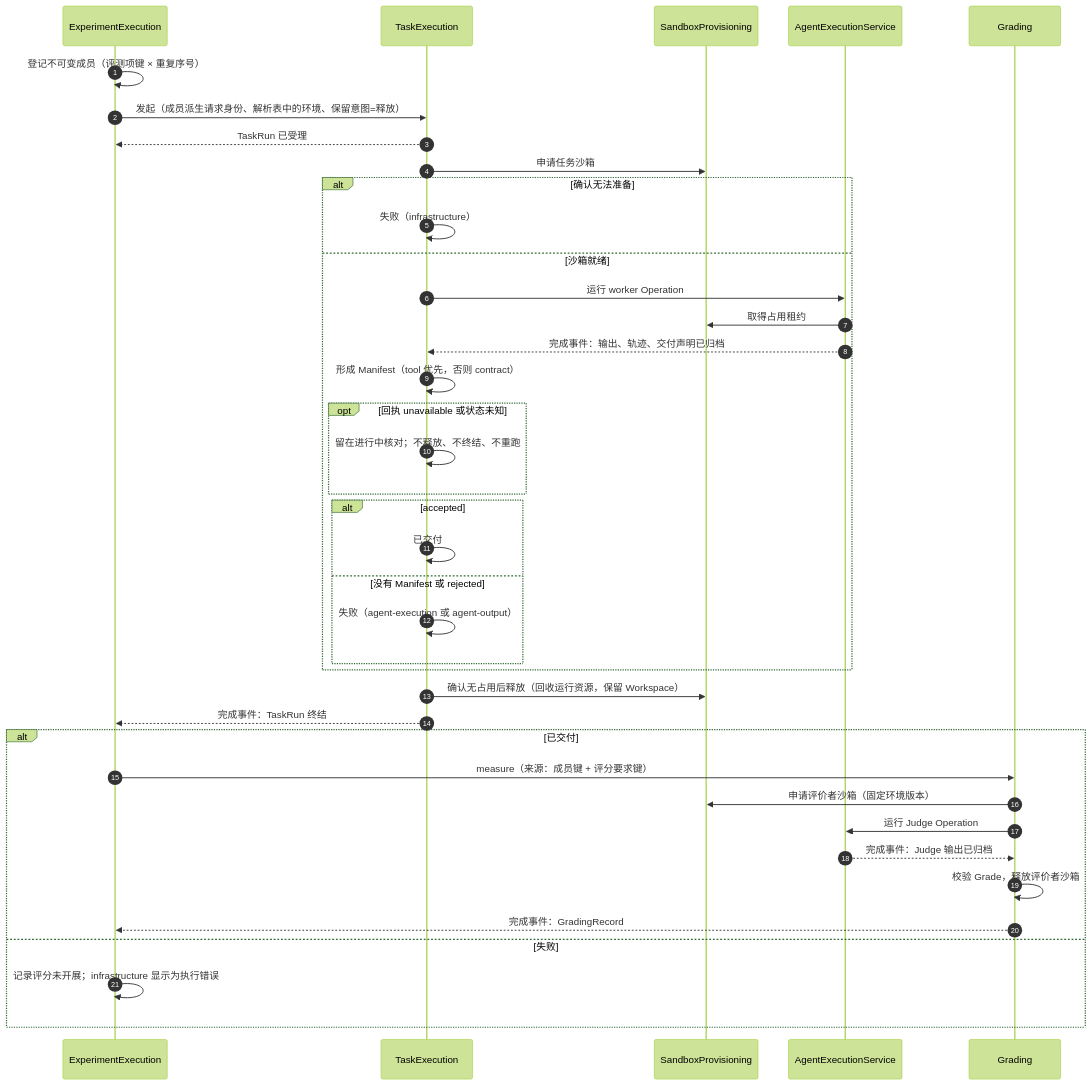
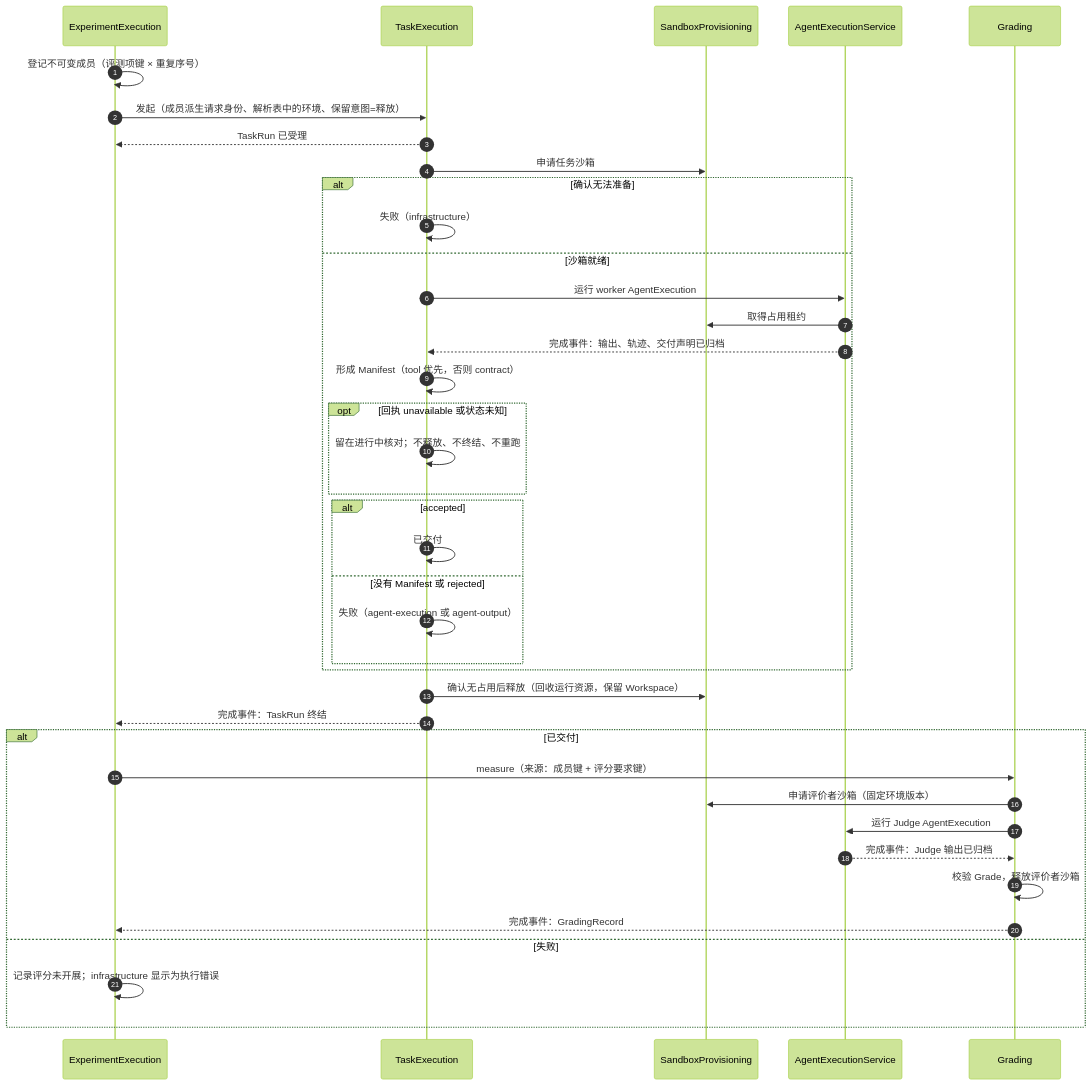
The diagram in docs/assets/model-seq-eval.mmd (MaybeLL/Ground), drawn with Mermaid (forest theme) before and after one commit. The commit also changed 15 other files, not shown here.

```diff
--- a/docs/assets/model-seq-eval.mmd
+++ b/docs/assets/model-seq-eval.mmd
@@ -1,39 +1,39 @@
 sequenceDiagram
   autonumber
   participant EE as ExperimentExecution
   participant TE as TaskExecution
   participant SB as SandboxProvisioning
   participant AE as AgentExecutionService
   participant GR as Grading
   EE->>EE: 登记不可变成员（评测项键 × 重复序号）
   EE->>TE: 发起（成员派生请求身份、解析表中的环境、保留意图=释放）
   TE-->>EE: TaskRun 已受理
   TE->>SB: 申请任务沙箱
   alt 确认无法准备
     TE->>TE: 失败（infrastructure）
   else 沙箱就绪
-    TE->>AE: 运行 worker Operation
+    TE->>AE: 运行 worker AgentExecution
     AE->>SB: 取得占用租约
     AE-->>TE: 完成事件：输出、轨迹、交付声明已归档
     TE->>TE: 形成 Manifest（tool 优先，否则 contract）
     opt 回执 unavailable 或状态未知
       TE->>TE: 留在进行中核对；不释放、不终结、不重跑
     end
     alt accepted
       TE->>TE: 已交付
     else 没有 Manifest 或 rejected
       TE->>TE: 失败（agent-execution 或 agent-output）
     end
   end
   TE->>SB: 确认无占用后释放（回收运行资源，保留 Workspace）
   TE-->>EE: 完成事件：TaskRun 终结
   alt 已交付
     EE->>GR: measure（来源：成员键 + 评分要求键）
     GR->>SB: 申请评价者沙箱（固定环境版本）
-    GR->>AE: 运行 Judge Operation
+    GR->>AE: 运行 Judge AgentExecution
     AE-->>GR: 完成事件：Judge 输出已归档
     GR->>GR: 校验 Grade，释放评价者沙箱
     GR-->>EE: 完成事件：GradingRecord
   else 失败
     EE->>EE: 记录评分未开展；infrastructure 显示为执行错误
   end
```
